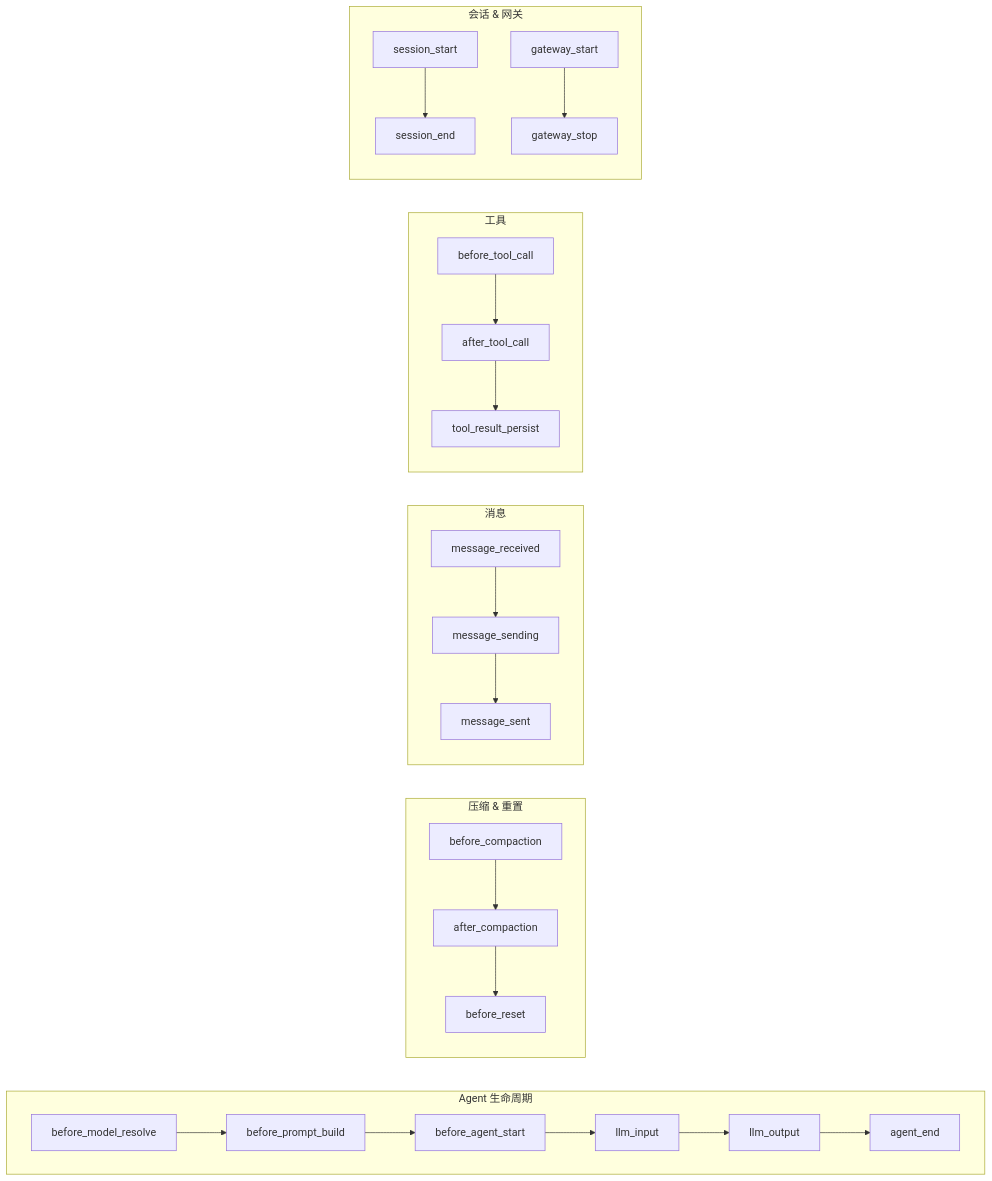
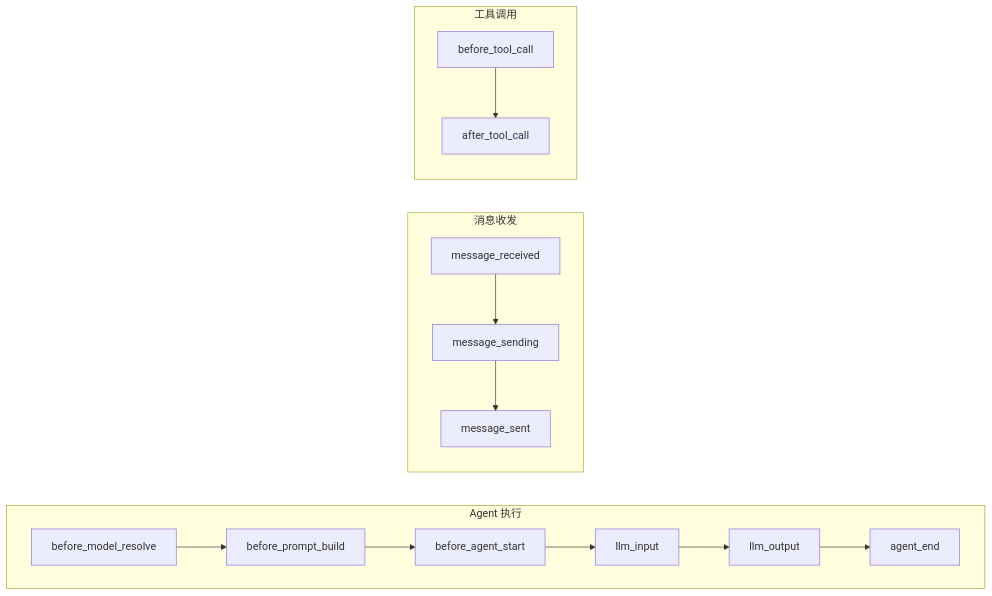
The third of 3 diagrams in _posts/2026-02-20-openclaw-architecture.md (renlulu/renlulu.github.io), drawn with Mermaid before and after one commit. The commit also changed other lines of this file, not shown here.

````diff
--- a/_posts/2026-02-20-openclaw-architecture.md
+++ b/_posts/2026-02-20-openclaw-architecture.md
@@ -734,25 +457,16 @@
 ```mermaid
 graph LR
-    subgraph Agent 生命周期
+    subgraph Agent 执行
         direction LR
         A1[before_model_resolve] --> A2[before_prompt_build] --> A3[before_agent_start]
         A3 --> A4[llm_input] --> A5[llm_output] --> A6[agent_end]
     end
 
-    subgraph 压缩 & 重置
-        B1[before_compaction] --> B2[after_compaction] --> B3[before_reset]
-    end
-
-    subgraph 消息
+    subgraph 消息收发
         C1[message_received] --> C2[message_sending] --> C3[message_sent]
     end
 
-    subgraph 工具
-        D1[before_tool_call] --> D2[after_tool_call] --> D3[tool_result_persist]
-    end
-
-    subgraph 会话 & 网关
-        E1[session_start] --> E2[session_end]
-        F1[gateway_start] --> F2[gateway_stop]
+    subgraph 工具调用
+        D1[before_tool_call] --> D2[after_tool_call]
     end
 ```
````
